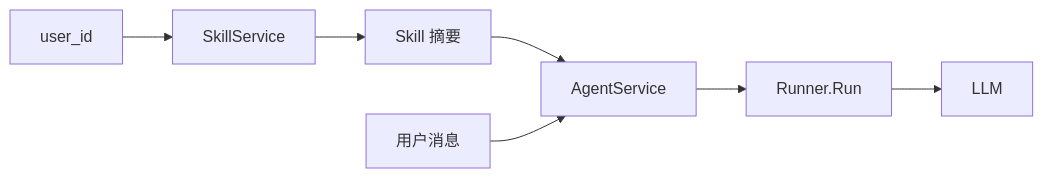
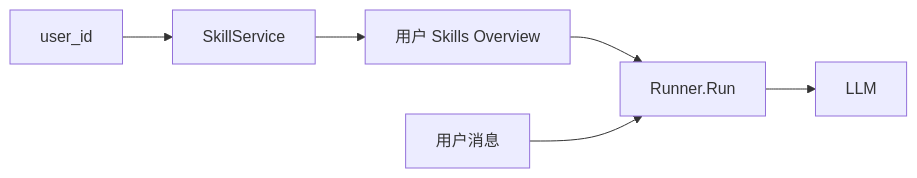
One commit to lucy971326/EDITH changed the second of 4 diagrams in docs/skills系统设计.md. Above: the diagram before and after it, drawn with Mermaid. The commit also changed other lines of this file and 14 other files, not shown here.

First line of the commit message:
feat(skills): support user-level skill creation and persistence

````diff
--- a/docs/skills系统设计.md
+++ b/docs/skills系统设计.md
@@ -106,9 +122,8 @@
 ```mermaid
 flowchart LR
   U[user_id] --> SS[SkillService]
-  SS --> C[Skill 摘要]
-  C --> A[AgentService]
-  M[用户消息] --> A
-  A --> R[Runner.Run]
+  SS --> C[用户 Skills Overview]
+  C --> R[Runner.Run]
+  M[用户消息] --> R
   R --> L[LLM]
 ```
````
